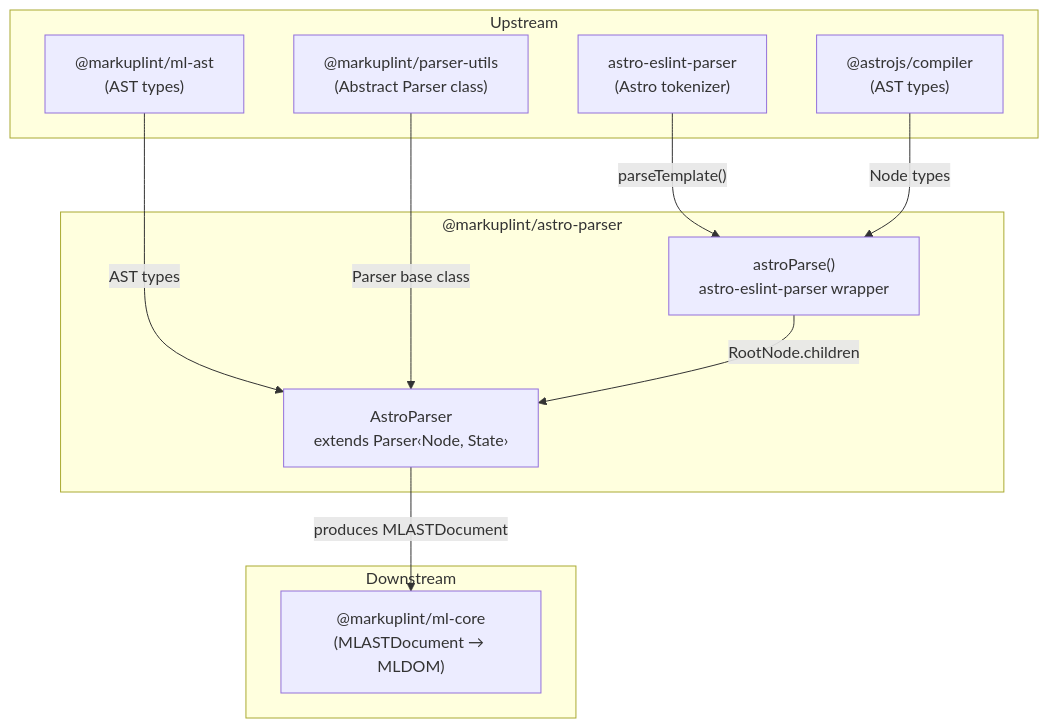
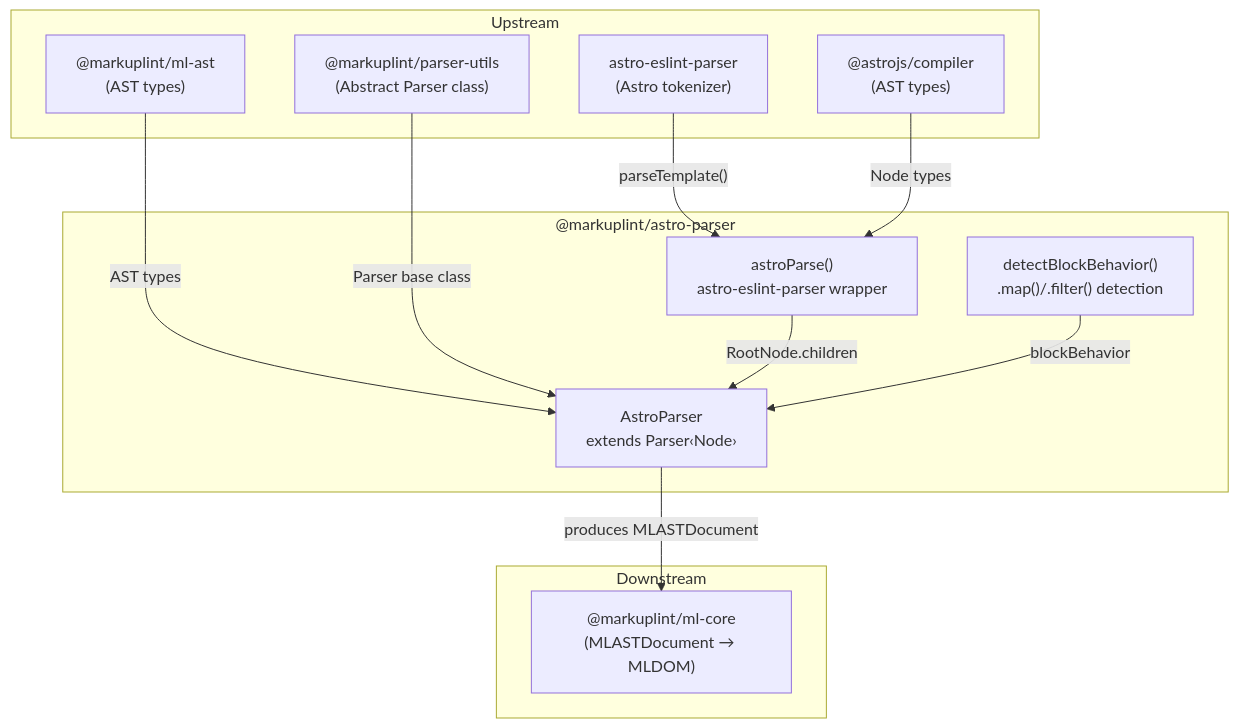
One commit to markuplint/markuplint changed the diagram in packages/@markuplint/astro-parser/ARCHITECTURE.md. Above: the diagram before and after it, drawn with Mermaid. The commit also changed other lines of this file and 4 other files, not shown here.

First line of the commit message:
docs(astro-parser): fix documentation to match implementation

````diff
--- a/packages/@markuplint/astro-parser/ARCHITECTURE.md
+++ b/packages/@markuplint/astro-parser/ARCHITECTURE.md
@@ -20,25 +21,27 @@
 ```mermaid
 flowchart TD
     subgraph upstream ["Upstream"]
         mlAst["@markuplint/ml-ast\n(AST types)"]
         parserUtils["@markuplint/parser-utils\n(Abstract Parser class)"]
         astroEslintParser["astro-eslint-parser\n(Astro tokenizer)"]
         astroCompiler["@astrojs/compiler\n(AST types)"]
     end
 
     subgraph pkg ["@markuplint/astro-parser"]
-        astroParser["AstroParser\nextends Parser‹Node, State›"]
+        astroParser["AstroParser\nextends Parser‹Node›"]
         astroParseFn["astroParse()\nastro-eslint-parser wrapper"]
+        detectBlock["detectBlockBehavior()\n.map()/.filter() detection"]
     end
 
     subgraph downstream ["Downstream"]
         mlCore["@markuplint/ml-core\n(MLASTDocument → MLDOM)"]
     end
 
     mlAst -->|"AST types"| astroParser
     parserUtils -->|"Parser base class"| astroParser
     astroEslintParser -->|"parseTemplate()"| astroParseFn
     astroCompiler -->|"Node types"| astroParseFn
     astroParseFn -->|"RootNode.children"| astroParser
+    detectBlock -->|"blockBehavior"| astroParser
     astroParser -->|"produces MLASTDocument"| mlCore
 ```
````
